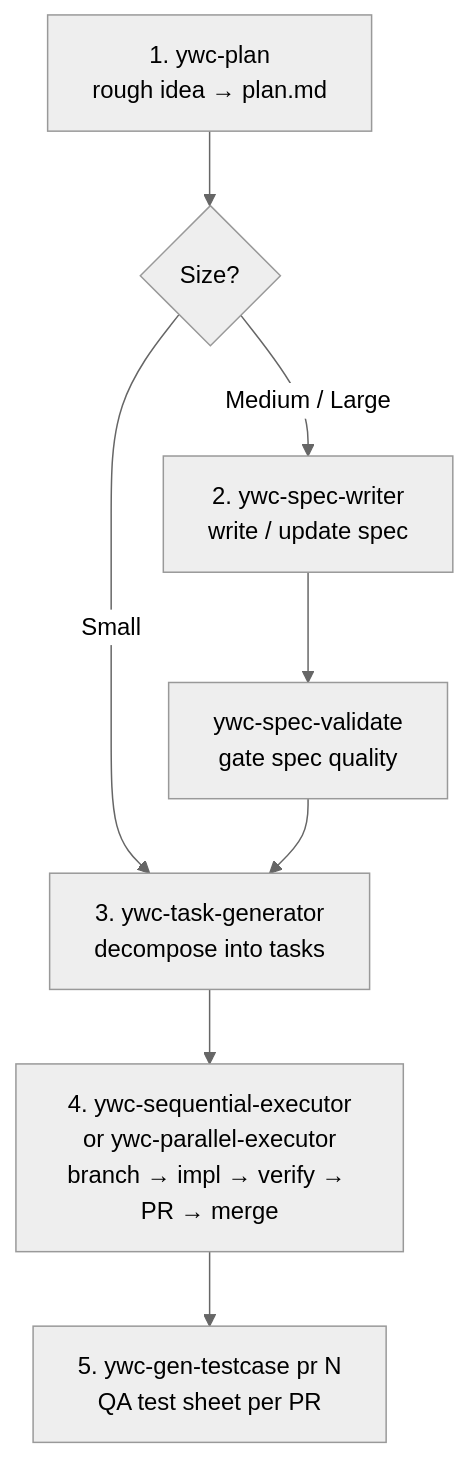
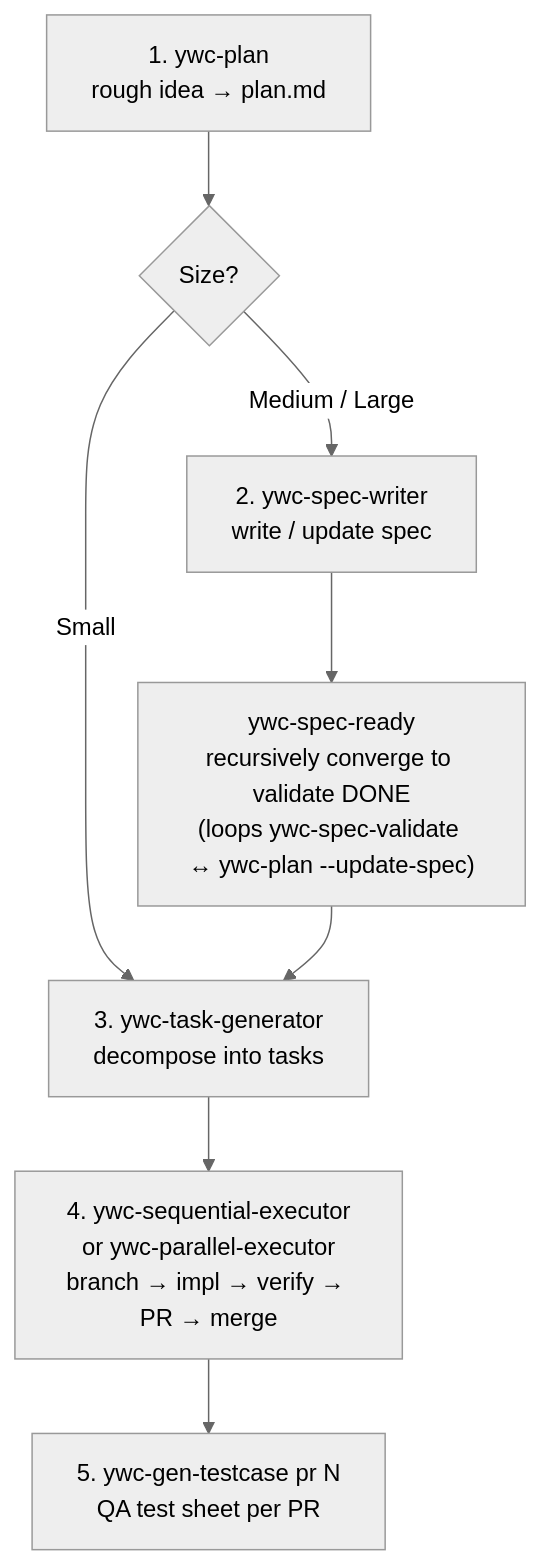
Before and after one commit to ikeyu0806/ywc-agent-toolkit: the diagram in README.md, drawn with Mermaid (neutral theme). The commit also changed other lines of this file and 5 other files, not shown here.

First line of the commit message:
docs: sync skill counts and add spec-ready + Other pipelines to README (#98)

````diff
--- a/README.md
+++ b/README.md
@@ -338,10 +338,10 @@
 ```mermaid
 flowchart TD
     A["1. ywc-plan\nrough idea → plan.md"] --> B{Size?}
     B -->|Small| D["3. ywc-task-generator\ndecompose into tasks"]
     B -->|"Medium / Large"| C["2. ywc-spec-writer\nwrite / update spec"]
-    C --> CV["ywc-spec-validate\ngate spec quality"]
+    C --> CV["ywc-spec-ready\nrecursively converge to validate DONE\n(loops ywc-spec-validate ↔ ywc-plan --update-spec)"]
     CV --> D
     D --> E["4. ywc-sequential-executor\nor ywc-parallel-executor\nbranch → impl → verify → PR → merge"]
     E --> F["5. ywc-gen-testcase pr N\nQA test sheet per PR"]
 ```
````
